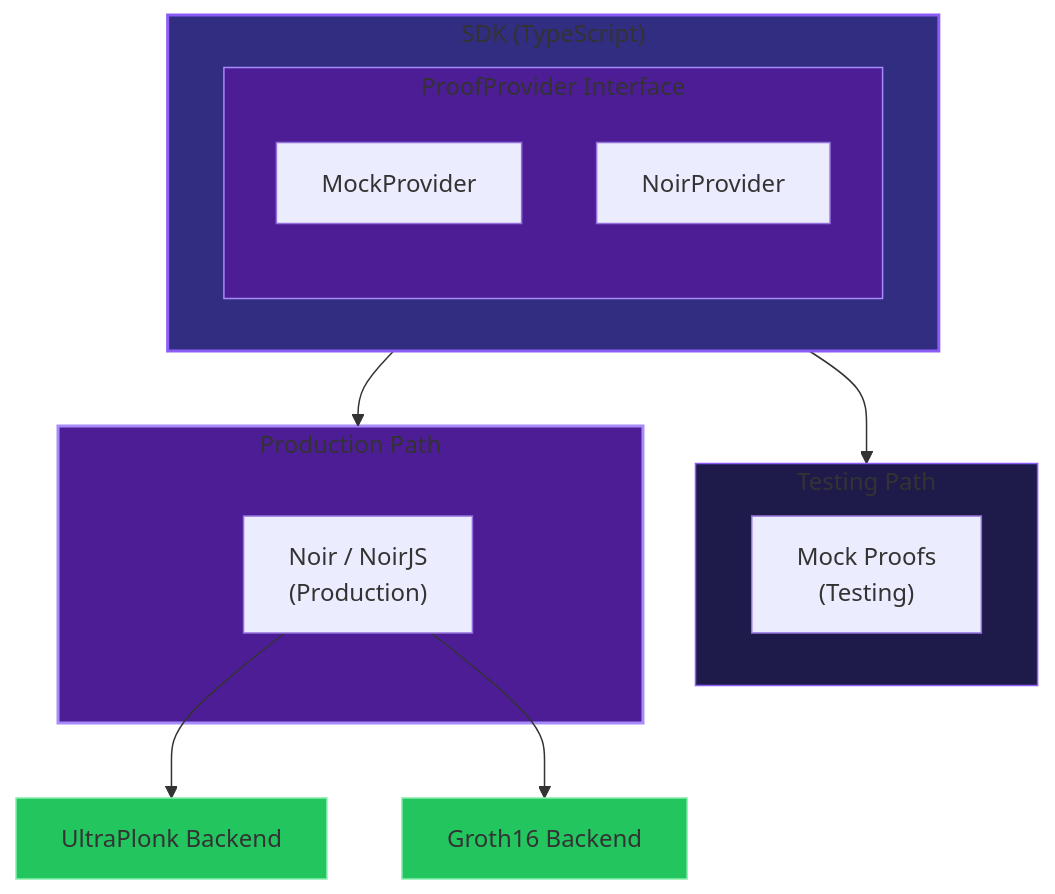
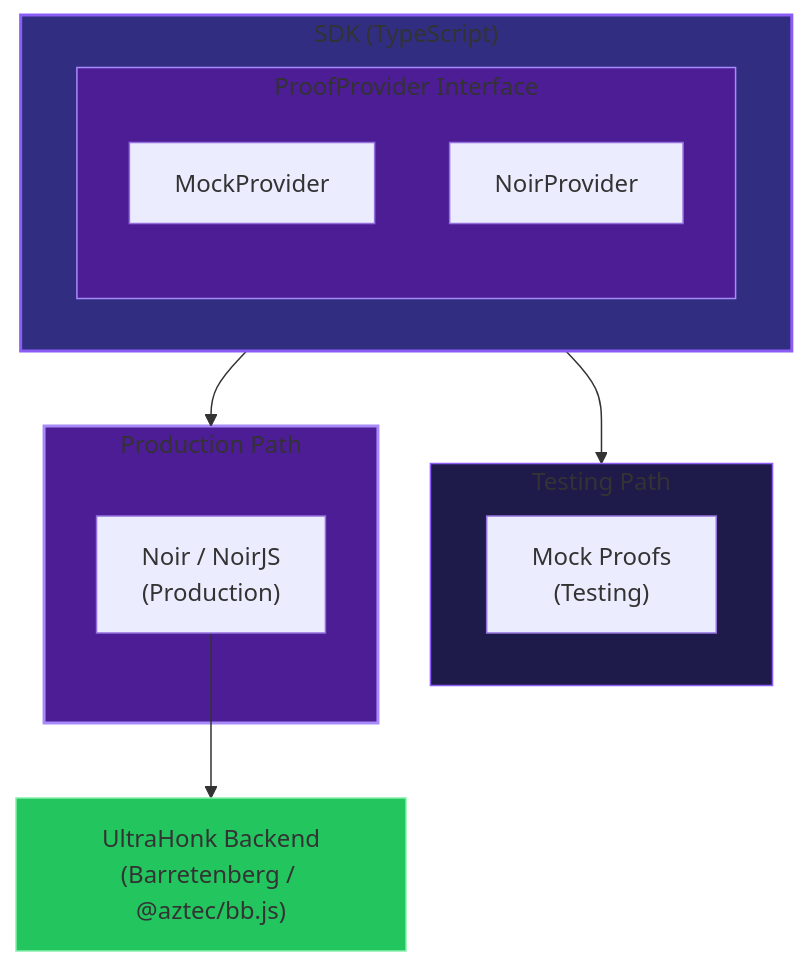
One commit to sip-protocol/docs-sip changed the diagram in src/content/docs/specs/zk-architecture.md. Above: the diagram before and after it, drawn with Mermaid. The commit also changed other lines of this file and 6 other files, not shown here.

First line of the commit message:
docs(security): correct stealth scheme, NUMS, UltraHonk, constraint counts

````diff
--- a/src/content/docs/specs/zk-architecture.md
+++ b/src/content/docs/specs/zk-architecture.md
@@ -143,30 +143,28 @@
 ```mermaid
 flowchart TB
     subgraph SDK["SDK (TypeScript)"]
         subgraph PP["ProofProvider Interface"]
             Mock["MockProvider"]
             Noir["NoirProvider"]
         end
     end
 
     SDK --> TestPath
     SDK --> ProdPath
 
     subgraph TestPath["Testing Path"]
         MockProofs["Mock Proofs<br/>(Testing)"]
     end
 
     subgraph ProdPath["Production Path"]
         NoirJS["Noir / NoirJS<br/>(Production)"]
     end
 
-    NoirJS --> UP["UltraPlonk Backend"]
-    NoirJS --> G16["Groth16 Backend"]
+    NoirJS --> UH["UltraHonk Backend<br/>(Barretenberg / @aztec/bb.js)"]
 
     style SDK fill:#312e81,stroke:#8b5cf6,stroke-width:2px
     style PP fill:#4c1d95,stroke:#a78bfa
     style TestPath fill:#1e1b4b,stroke:#8b5cf6
     style ProdPath fill:#4c1d95,stroke:#a78bfa,stroke-width:2px
-    style UP fill:#22c55e,stroke:#86efac
-    style G16 fill:#22c55e,stroke:#86efac
+    style UH fill:#22c55e,stroke:#86efac
 ```
````
